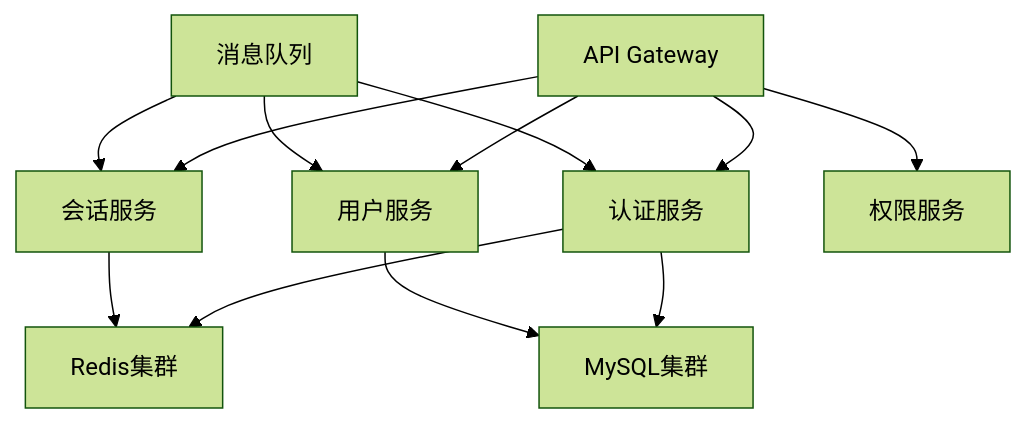
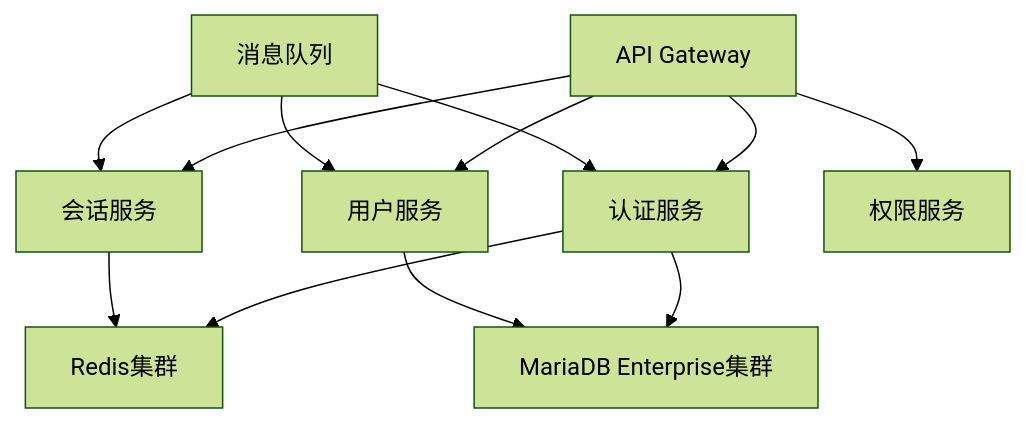
One commit to jamesdx/dove changed diagram 13 of 16 in doc/00 prompt/dove-prompt-generation-solution-distributed-session-management.md. Above: the diagram before and after it, drawn with Mermaid (forest theme). The commit also changed other lines of this file and 6 other files, not shown here.

````diff
--- a/doc/00 prompt/dove-prompt-generation-solution-distributed-session-management.md
+++ b/doc/00 prompt/dove-prompt-generation-solution-distributed-session-management.md
@@ -1058,16 +1058,16 @@
   ```mermaid
   graph TD
     A[API Gateway] --> B[认证服务]
     A --> C[会话服务]
     A --> D[用户服务]
     A --> E[权限服务]
     
     B --> F[Redis集群]
     C --> F
-    B --> G[MySQL集群]
+    B --> G[MariaDB Enterprise集群]
     D --> G
     
     H[消息队列] --> B
     H --> C
     H --> D
   ```
````
